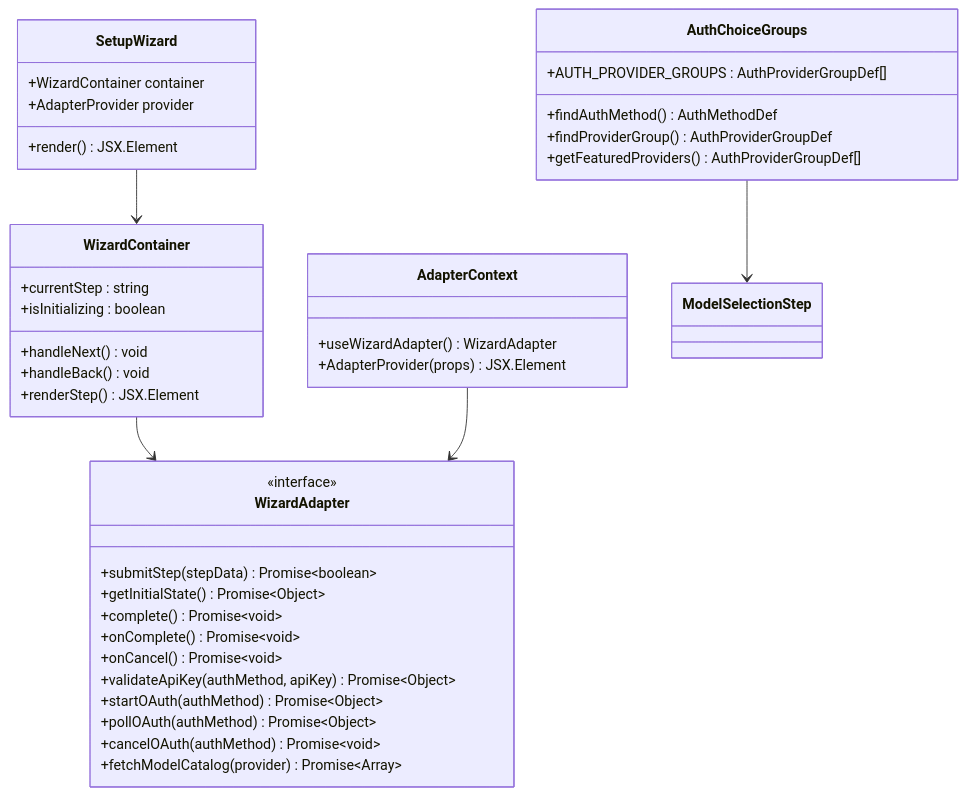
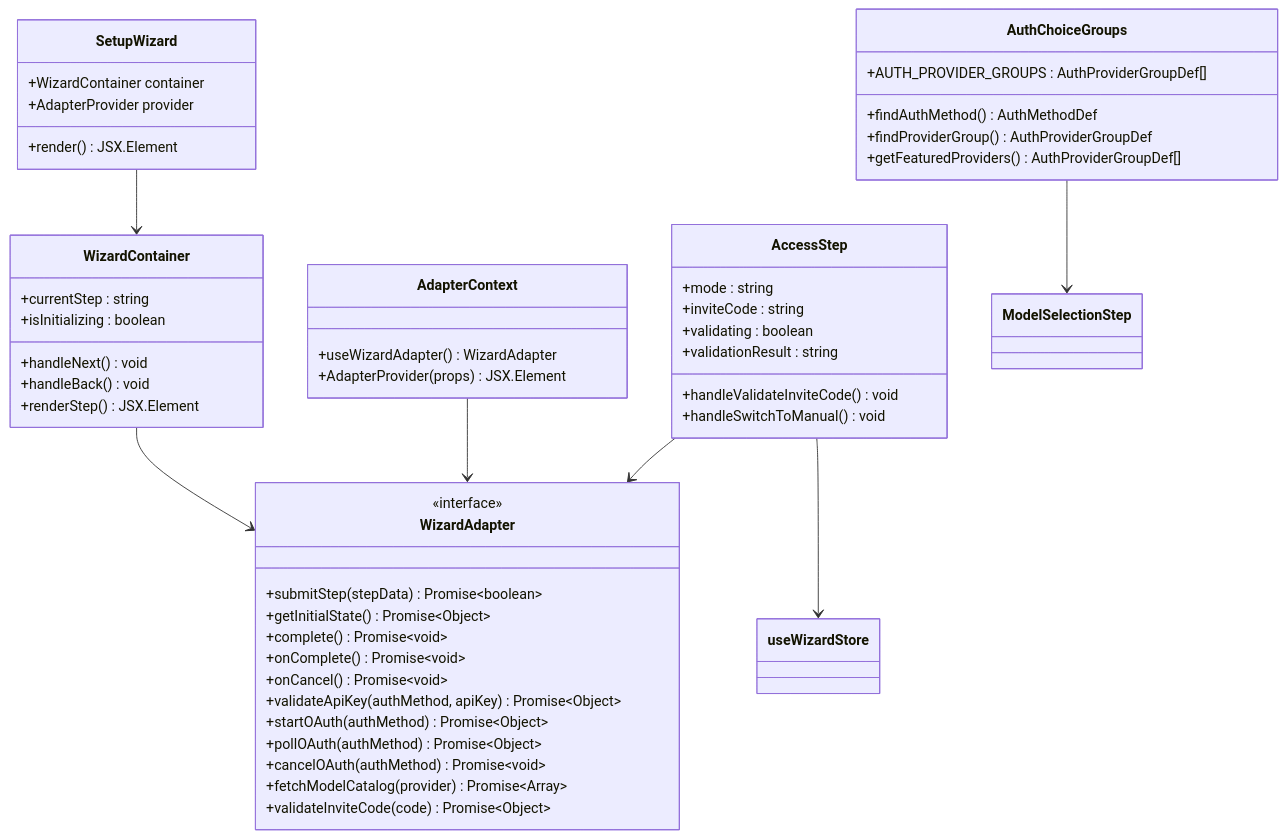
One commit to verse-ai-org/openclaw changed the second of 12 diagrams in .qoder/repowiki/zh/content/开发者指南/设置向导系统.md. Above: the diagram before and after it, drawn with Mermaid. The commit also changed other lines of this file and 31 other files, not shown here.

````diff
--- a/.qoder/repowiki/zh/content/开发者指南/设置向导系统.md
+++ b/.qoder/repowiki/zh/content/开发者指南/设置向导系统.md
@@ -110,42 +133,53 @@
 ```mermaid
 classDiagram
 class SetupWizard {
 +WizardContainer container
 +AdapterProvider provider
 +render() JSX.Element
 }
 class WizardContainer {
 +currentStep : string
 +isInitializing : boolean
 +handleNext() void
 +handleBack() void
 +renderStep() JSX.Element
 }
 class WizardAdapter {
 <<interface>>
 +submitStep(stepData) Promise~boolean~
 +getInitialState() Promise~Object~
 +complete() Promise~void~
 +onComplete() Promise~void~
 +onCancel() Promise~void~
 +validateApiKey(authMethod, apiKey) Promise~Object~
 +startOAuth(authMethod) Promise~Object~
 +pollOAuth(authMethod) Promise~Object~
 +cancelOAuth(authMethod) Promise~void~
 +fetchModelCatalog(provider) Promise~Array~
++validateInviteCode(code) Promise~Object~
 }
 class AdapterContext {
 +useWizardAdapter() WizardAdapter
 +AdapterProvider(props) JSX.Element
 }
 class AuthChoiceGroups {
 +AUTH_PROVIDER_GROUPS : AuthProviderGroupDef[]
 +findAuthMethod() AuthMethodDef
 +findProviderGroup() AuthProviderGroupDef
 +getFeaturedProviders() AuthProviderGroupDef[]
 }
+class AccessStep {
++mode : string
++inviteCode : string
++validating : boolean
++validationResult : string
++handleValidateInviteCode() void
++handleSwitchToManual() void
+}
 SetupWizard --> WizardContainer
 WizardContainer --> WizardAdapter
 AdapterContext --> WizardAdapter
 AuthChoiceGroups --> ModelSelectionStep
+AccessStep --> WizardAdapter
+AccessStep --> useWizardStore
 ```
````
